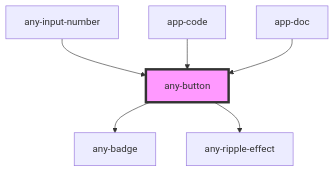
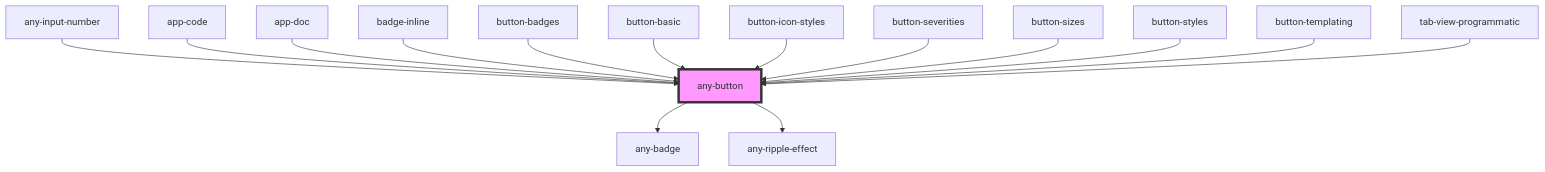
Before and after one commit to adaleks/anywhere-ui: the diagram in packages/core/src/components/button/readme.md, drawn with Mermaid. The commit also changed other lines of this file and 145 other files, not shown here.

````diff
--- a/packages/core/src/components/button/readme.md
+++ b/packages/core/src/components/button/readme.md
@@ -79,9 +88,18 @@
 ```mermaid
 graph TD;
   any-button --> any-badge
   any-button --> any-ripple-effect
   any-input-number --> any-button
   app-code --> any-button
   app-doc --> any-button
+  badge-inline --> any-button
+  button-badges --> any-button
+  button-basic --> any-button
+  button-icon-styles --> any-button
+  button-severities --> any-button
+  button-sizes --> any-button
+  button-styles --> any-button
+  button-templating --> any-button
+  tab-view-programmatic --> any-button
   style any-button fill:#f9f,stroke:#333,stroke-width:4px
 ```
````
